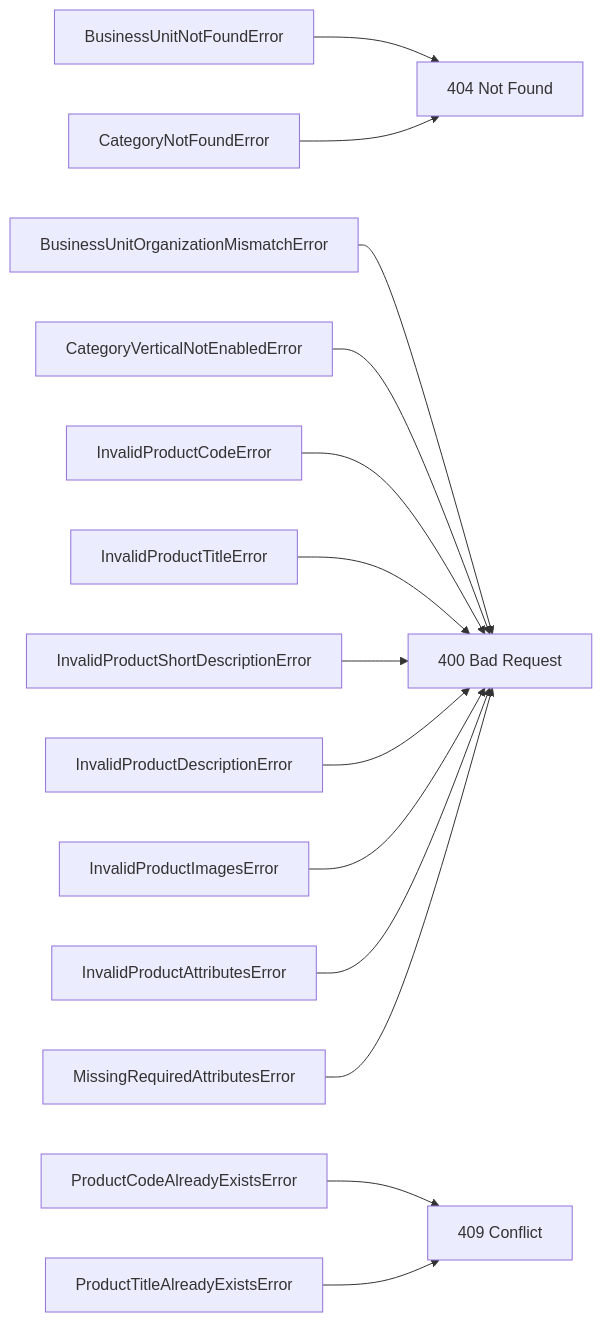
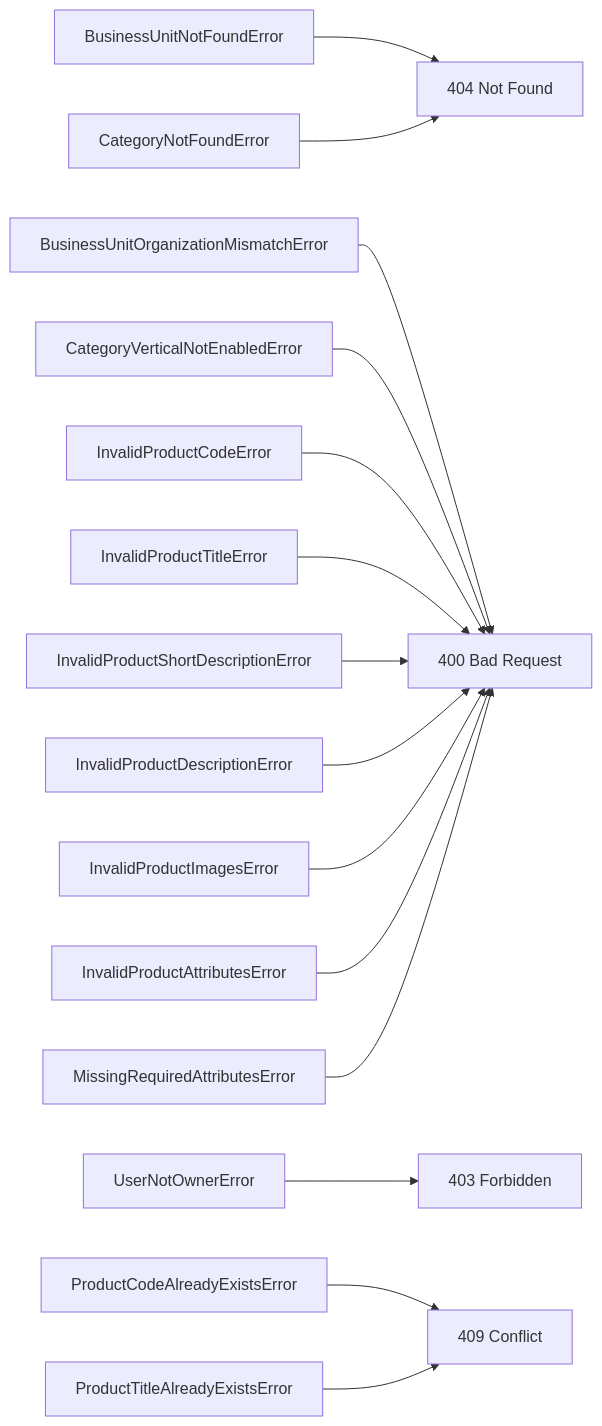
The fifth of 5 diagrams in specs/modules/products/01-create-product/design.md (CSousa-Dev/smart-delivery), drawn with Mermaid before and after one commit. The commit also changed other lines of this file and 49 other files, not shown here.

````diff
--- a/specs/modules/products/01-create-product/design.md
+++ b/specs/modules/products/01-create-product/design.md
@@ -367,16 +379,17 @@
 ```mermaid
 flowchart LR
     BU404[BusinessUnitNotFoundError] --> H404[404 Not Found]
     CAT404[CategoryNotFoundError] --> H404
     BUORG400[BusinessUnitOrganizationMismatchError] --> H400[400 Bad Request]
     VERT400[CategoryVerticalNotEnabledError] --> H400
+    OWNER403[UserNotOwnerError] --> H403[403 Forbidden]
     CODE409[ProductCodeAlreadyExistsError] --> H409[409 Conflict]
     TITLE409[ProductTitleAlreadyExistsError] --> H409
     CODE400[InvalidProductCodeError] --> H400
     TITLE400[InvalidProductTitleError] --> H400
     SHORT400[InvalidProductShortDescriptionError] --> H400
     DESC400[InvalidProductDescriptionError] --> H400
     IMG400[InvalidProductImagesError] --> H400
     ATTR400[InvalidProductAttributesError] --> H400
     REQ400[MissingRequiredAttributesError] --> H400
 ```
````
